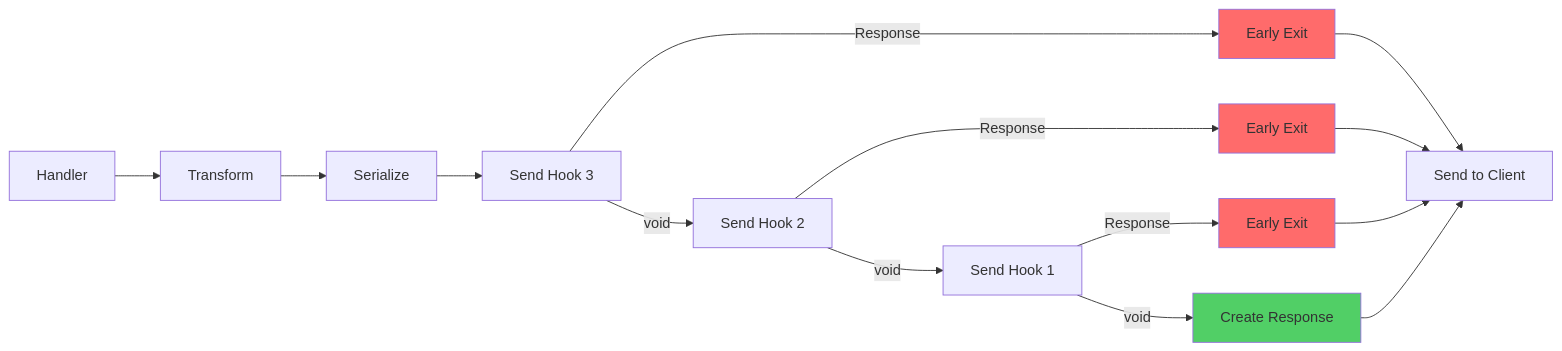
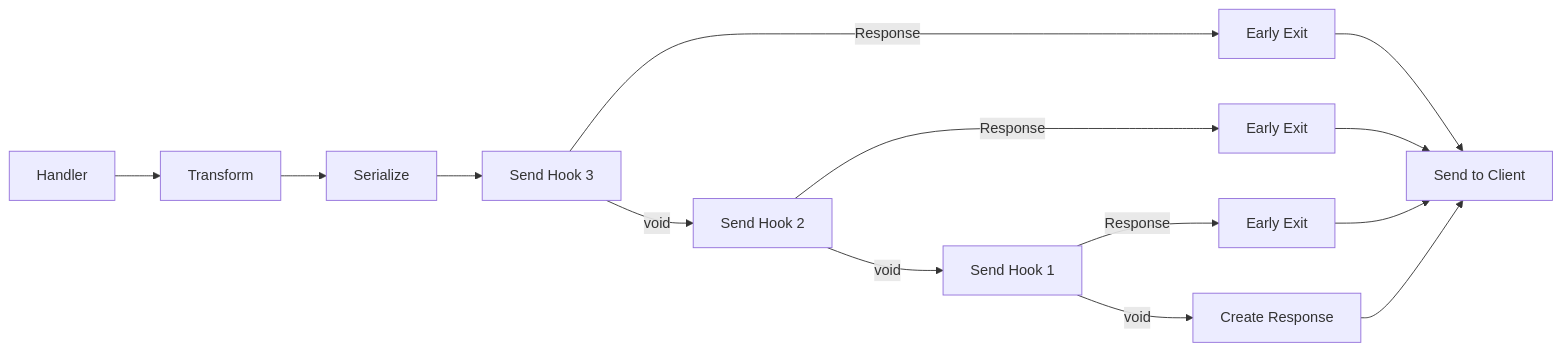
The diagram in docs/guides/diagrams/send-hook-flow.md (minima-js/minimajs), drawn with Mermaid before and after one commit. The commit also changed 19 other files, not shown here.

````diff
--- a/docs/guides/diagrams/send-hook-flow.md
+++ b/docs/guides/diagrams/send-hook-flow.md
@@ -1,18 +1,20 @@
 ```mermaid
 graph LR
     A[Handler] --> B[Transform] --> C[Serialize]
     C --> D[Send Hook 3]
     D -->|Response| Exit1[Early Exit]
     D -->|void| E[Send Hook 2]
     E -->|Response| Exit2[Early Exit]
     E -->|void| F[Send Hook 1]
     F -->|Response| Exit3[Early Exit]
     F -->|void| G[Create Response]
 
     Exit1 & Exit2 & Exit3 & G --> H[Send to Client]
 
-    style Exit1 fill:#ff6b6b
-    style Exit2 fill:#ff6b6b
-    style Exit3 fill:#ff6b6b
-    style G fill:#51cf66
+    class A,B,D,E,F accent
+    class C warn
+    class G neutral
+    class H success
+    class Exit1,Exit2,Exit3 danger
+
 ```
````
